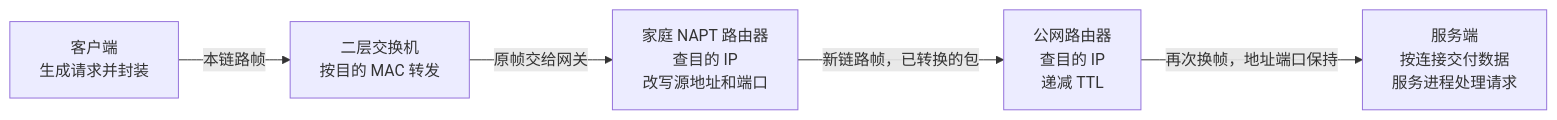
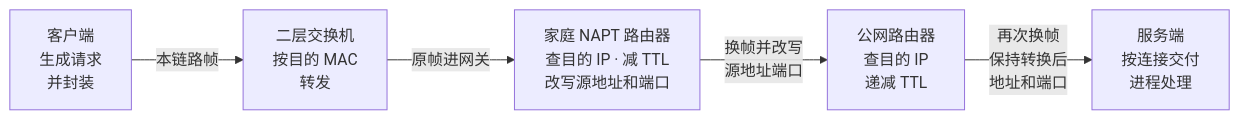
Before and after one commit to fordelkon/delkon.us.kg: the fourth of 6 diagrams in content/posts/networking/layered-architecture-packet-journey.md, drawn with Mermaid. The commit also changed other lines of this file and 8 other files, not shown here.

First line of the commit message:
docs: audit networking series with C17 examples and diagram fixes

````diff
--- a/content/posts/networking/layered-architecture-packet-journey.md
+++ b/content/posts/networking/layered-architecture-packet-journey.md
@@ -214,7 +260,10 @@
 ```mermaid mobile-direction="TB" title="交换、路由与 NAPT 各自改动什么" description="限定普通 IPv4/TCP、以太网链路与家庭 NAPT，无应用代理。交换机不重写 MAC 或 IP；路由器在各自出口重新封装二层头并递减 TTL。家庭 NAPT 额外改写源 IP 和源端口，之后普通公网路由不再改写这对地址端口；不是整个 IP/TCP 头逐字节保持不变。箭头表示经过顺序，不按距离或耗时比例绘制。"
 flowchart LR
- client["客户端<br/>生成请求并封装"] -->|本链路帧| switch["二层交换机<br/>按目的 MAC 转发"]
- switch -->|原帧交给网关| nat["家庭 NAPT 路由器<br/>查目的 IP<br/>改写源地址和端口"]
- nat -->|新链路帧，已转换的包| router["公网路由器<br/>查目的 IP<br/>递减 TTL"]
- router -->|再次换帧，地址端口保持| server["服务端<br/>按连接交付数据<br/>服务进程处理请求"]
+ client["客户端<br/>生成请求<br/>并封装"] -->|本链路帧| switch["二层交换机<br/>按目的 MAC<br/>转发"]
+ switch -->|原帧进网关| nat["家庭 NAPT 路由器<br/>查目的 IP · 减 TTL<br/>改写源地址和端口"]
+ nat -->|换帧并改写<br/>源地址端口| router["公网路由器<br/>查目的 IP<br/>递减 TTL"]
+ router -->|再次换帧<br/>保持转换后<br/>地址和端口| server["服务端<br/>按连接交付<br/>进程处理"]
+ class client,server actor
+ class switch,router state
+ class nat resource
 ```
````
